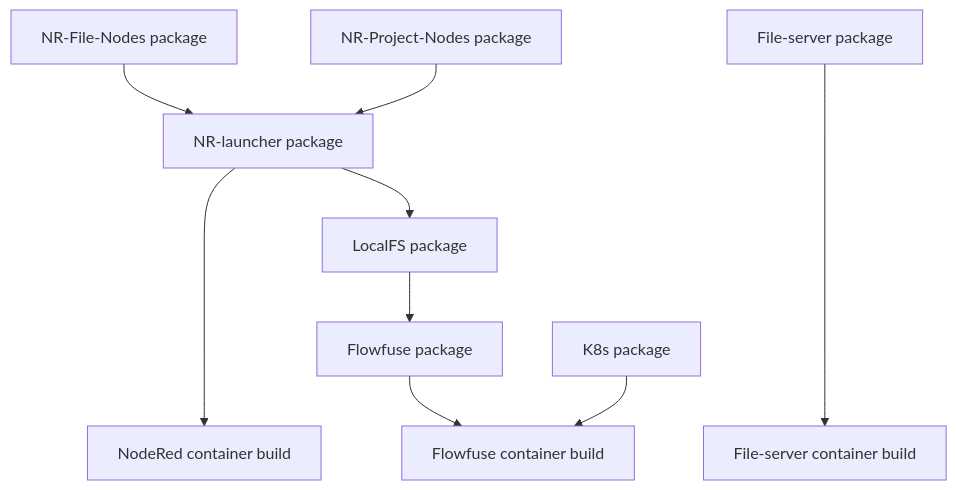
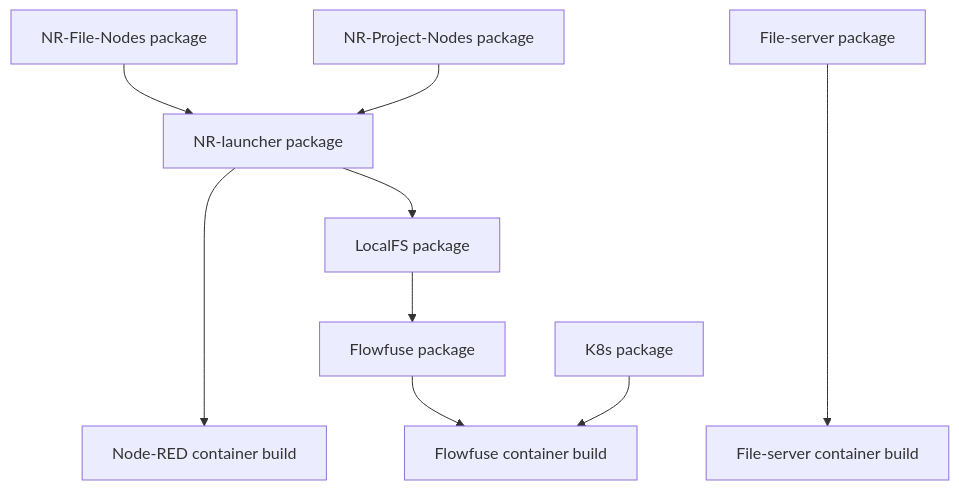
Before and after one commit to FlowFuse/website: the diagram in src/handbook/development/ops/deployment.md, drawn with Mermaid. The commit also changed 24 other files, not shown here.

Commit message:
Correct mentions of Node-RED

````diff
--- a/src/handbook/development/ops/deployment.md
+++ b/src/handbook/development/ops/deployment.md
@@ -9,19 +9,19 @@
 ```mermaid
 graph TB
     A[NR-File-Nodes package] & C[NR-Project-Nodes package] --> B[NR-launcher package]
-    B ----> X[NodeRed container build]
+    B ----> X[Node-RED container build]
     B --> D[LocalFS package]
     D --> E[Flowfuse package]
     E & F[K8s package] --> Y[Flowfuse container build]
     G[File-server package] -----> Z[File-server container build]
     click A href "https://github.com/FlowFuse/nr-file-nodes/blob/main/.github/workflows/publish.yml" "NR-File-Nodes package" _blank
     click B href "https://github.com/FlowFuse/nr-launcher/blob/main/.github/workflows/publish.yml" "NR-launcher package" _blank
     click C href "https://github.com/FlowFuse/nr-project-nodes/blob/main/.github/workflows/publish.yml" _blank
     click D href "https://github.com/FlowFuse/driver-localfs/blob/main/.github/workflows/publish.yml" _blank
     click E href "https://github.com/FlowFuse/flowfuse/blob/main/.github/workflows/publish.yml" _blank
     click F href "https://github.com/FlowFuse/driver-k8s/blob/main/.github/workflows/publish.yml" _blank
     click G href "https://github.com/FlowFuse/file-server/blob/main/.github/workflows/publish.yml" _blank
     click X href "https://github.com/FlowFuse/helm/blob/main/.github/workflows/nodered-container.yml" _blank
     click Y href "https://github.com/FlowFuse/helm/blob/main/.github/workflows/flowforge-container.yml" _blank
     click Z href "https://github.com/FlowFuse/helm/blob/main/.github/workflows/fileserver-container.yml" _blank
 ```
````
